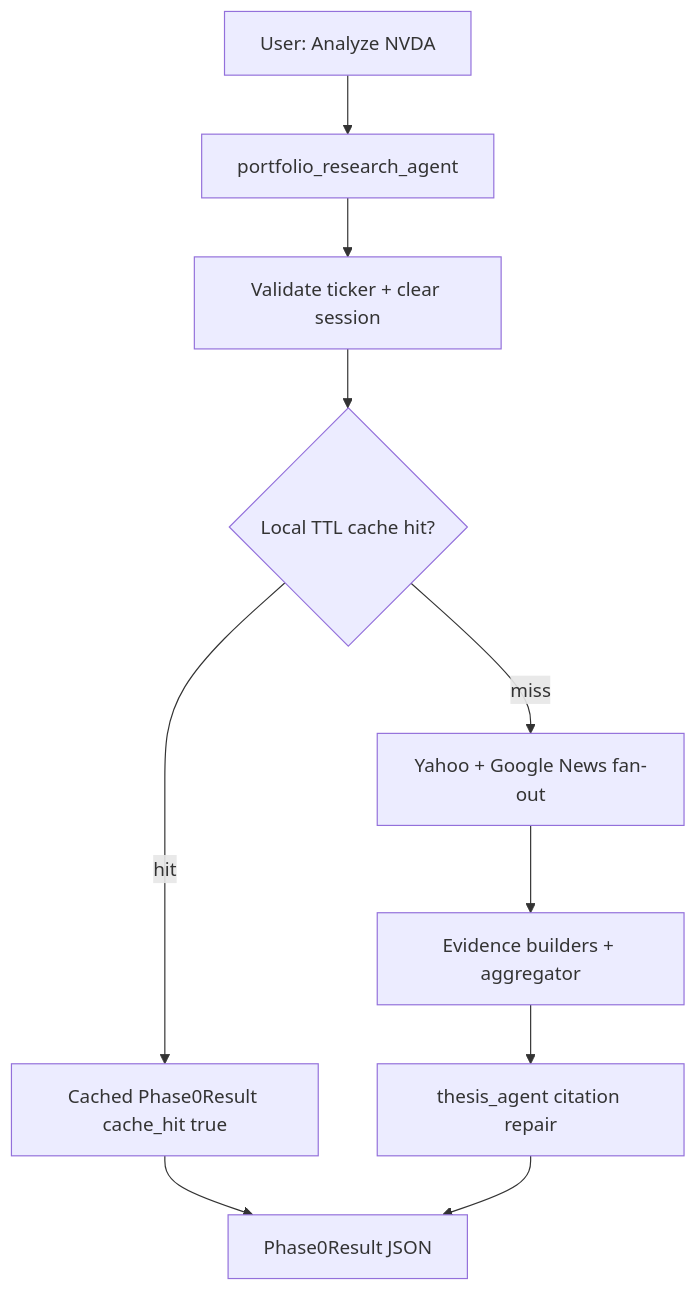
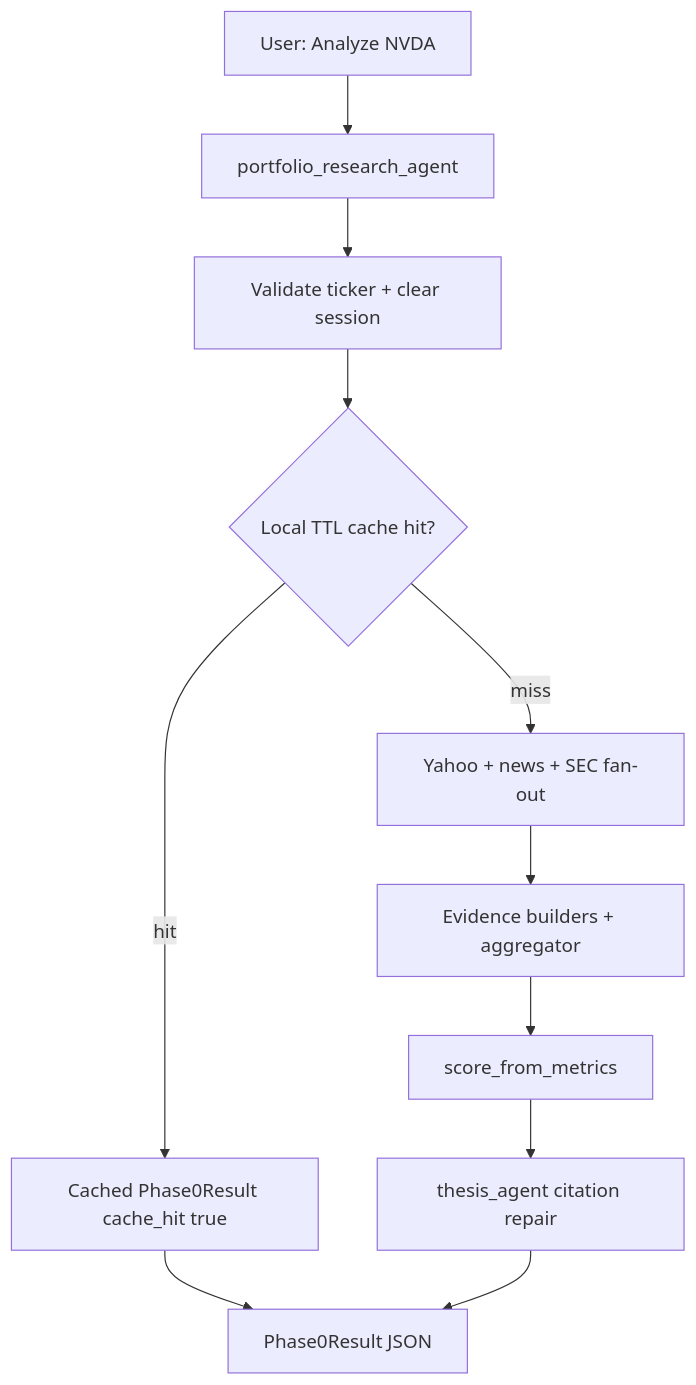
The diagram in docs/PRD.md (schohan/foliotracker), drawn with Mermaid before and after one commit. The commit also changed other lines of this file and 11 other files, not shown here.

````diff
--- a/docs/PRD.md
+++ b/docs/PRD.md
@@ -188,16 +192,17 @@
 ```mermaid
 flowchart TD
   userAsk["User: Analyze NVDA"]
   root["portfolio_research_agent"]
   validate["Validate ticker + clear session"]
   cache{"Local TTL cache hit?"}
-  fetch["Yahoo + Google News fan-out"]
+  fetch["Yahoo + news + SEC fan-out"]
   evidence["Evidence builders + aggregator"]
+  score["score_from_metrics"]
   thesis["thesis_agent citation repair"]
   result["Phase0Result JSON"]
   cached["Cached Phase0Result cache_hit true"]
 
   userAsk --> root --> validate --> cache
   cache -->|hit| cached --> result
-  cache -->|miss| fetch --> evidence --> thesis --> result
+  cache -->|miss| fetch --> evidence --> score --> thesis --> result
 ```
````
